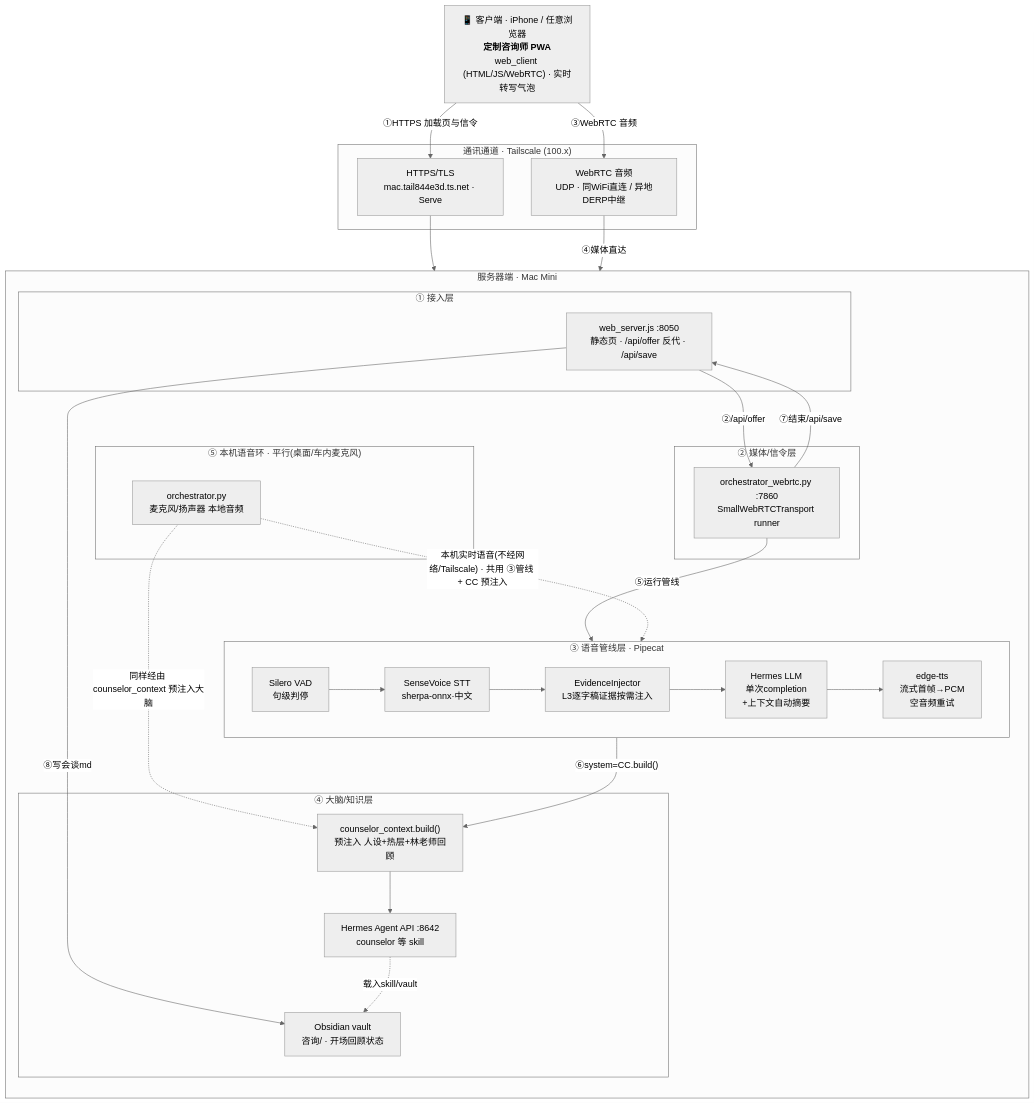
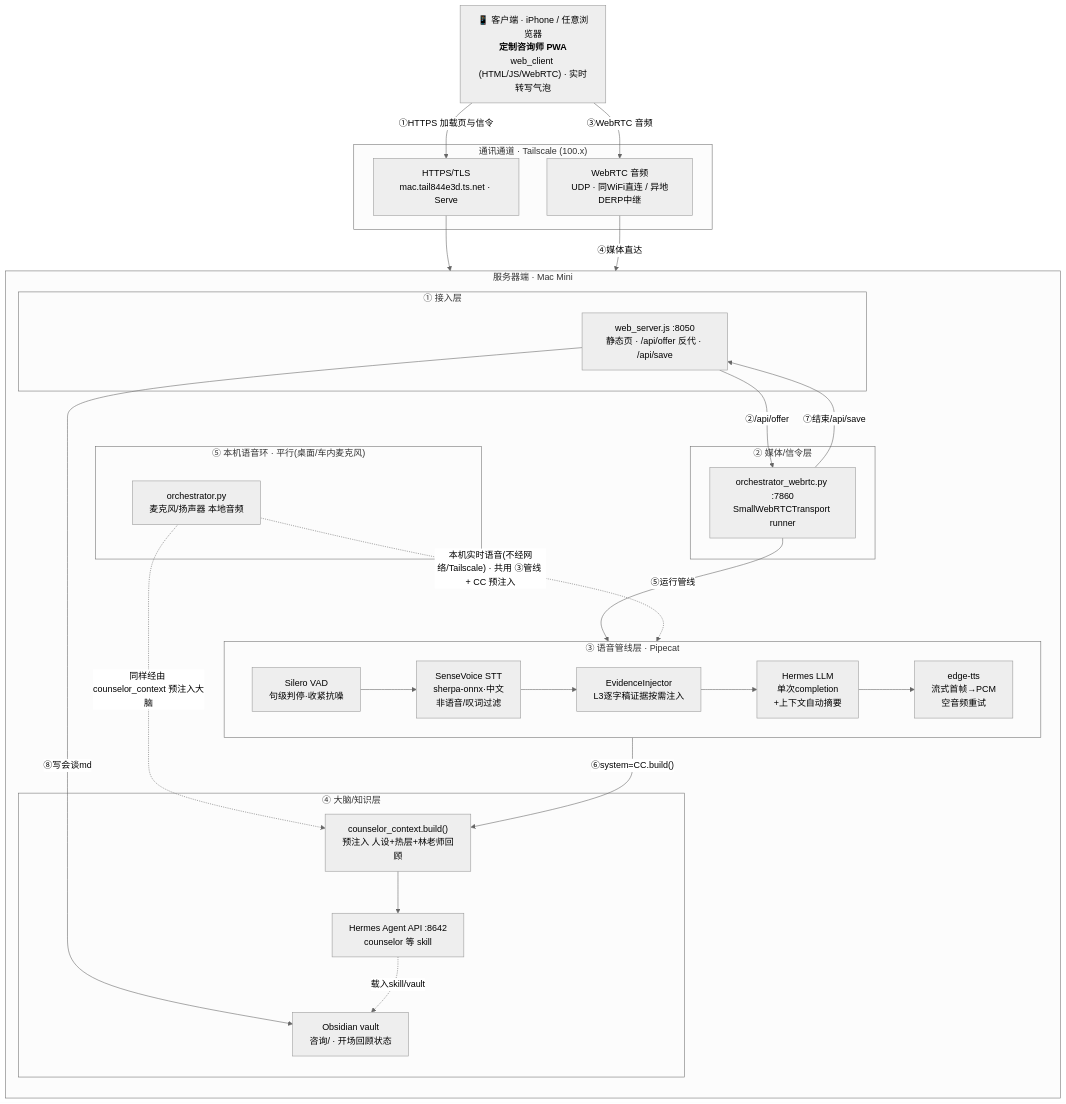
One commit to jeffhangithub/VoiceTherapy changed the diagram in README.md. Above: the diagram before and after it, drawn with Mermaid (neutral theme). The commit also changed other lines of this file, not shown here.

First line of the commit message:
docs(readme): record this iteration — STT non-speech governance (VAD tighten + output filter)

````diff
--- a/README.md
+++ b/README.md
@@ -24,44 +24,44 @@
 ```mermaid
 flowchart TB
     C["📱 客户端 · iPhone / 任意浏览器<br/><b>定制咨询师 PWA</b><br/>web_client (HTML/JS/WebRTC) · 实时转写气泡"]
 
     subgraph CH["通讯通道 · Tailscale (100.x)"]
         TS["HTTPS/TLS<br/>mac.tail844e3d.ts.net · Serve"]
         WC["WebRTC 音频<br/>UDP · 同WiFi直连 / 异地DERP中继"]
     end
 
     subgraph S["服务器端 · Mac Mini"]
         direction TB
         subgraph L1["① 接入层"]
             WS["web_server.js :8050<br/>静态页 · /api/offer 反代 · /api/save"]
         end
         subgraph L2["② 媒体/信令层"]
             RT["orchestrator_webrtc.py :7860<br/>SmallWebRTCTransport runner"]
         end
         subgraph L3["③ 语音管线层 · Pipecat"]
             direction LR
-            VAD["Silero VAD<br/>句级判停"] --> STT["SenseVoice STT<br/>sherpa-onnx·中文"]
+            VAD["Silero VAD<br/>句级判停·收紧抗噪"] --> STT["SenseVoice STT<br/>sherpa-onnx·中文<br/>非语音/叹词过滤"]
             STT --> EV["EvidenceInjector<br/>L3逐字稿证据按需注入"]
             EV --> LM["Hermes LLM<br/>单次completion<br/>+上下文自动摘要"]
             LM --> TTS["edge-tts<br/>流式首帧→PCM<br/>空音频重试"]
         end
         subgraph L4["④ 大脑/知识层"]
             BR["Hermes Agent API :8642<br/>counselor 等 skill"]
             CC["counselor_context.build()<br/>预注入 人设+热层+林老师回顾"]
             VL["Obsidian vault<br/>咨询/ · 开场回顾状态"]
         end
         subgraph L5["⑤ 本机语音环 · 平行(桌面/车内麦克风)"]
             LO["orchestrator.py<br/>麦克风/扬声器 本地音频"]
         end
     end
 
     C -- ①HTTPS 加载页与信令 --> TS --> WS -- ②/api/offer --> RT
     C -- ③WebRTC 音频 --> WC -- ④媒体直达 --> RT
     RT -- ⑤运行管线 --> L3
     L3 -- ⑥system=CC.build() --> CC
     CC --> BR
     RT -- ⑦结束/api/save --> WS -- ⑧写会谈md --> VL
     BR -. 载入skill/vault .-> VL
     LO -. "本机实时语音(不经网络/Tailscale) · 共用 ③管线 + CC 预注入" .-> L3
     LO -. "同样经由 counselor_context 预注入大脑" .-> CC
 ```
````
